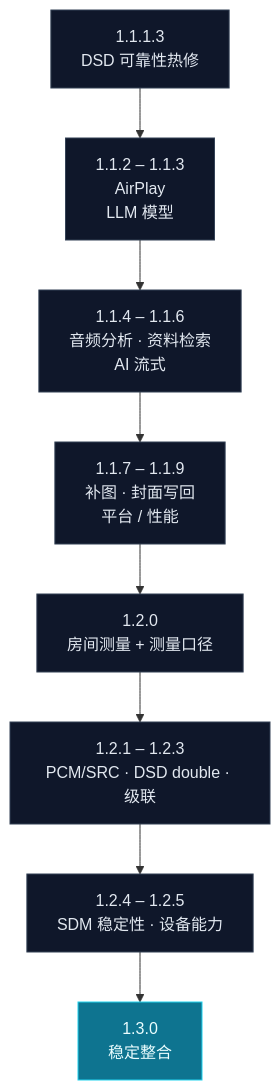
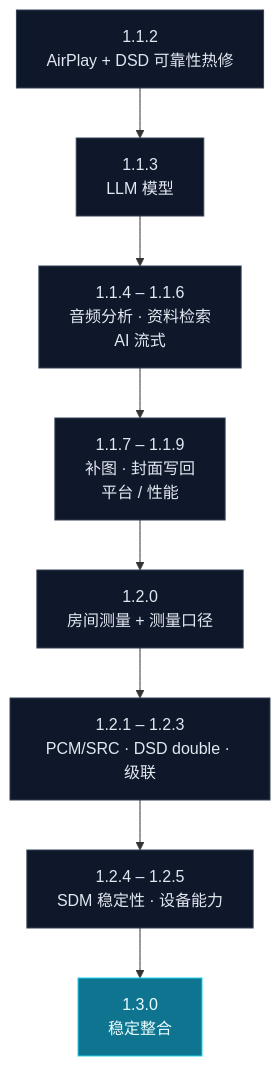
One commit to BH2VOQ/RLPlayer-Mac changed the diagram in README.zh-CN.md. Above: the diagram before and after it, drawn with Mermaid. The commit also changed other lines of this file and 2 other files, not shown here.

Commit message:
docs(roadmap): merge the 1.1.1.3 DSD hotfix into 1.1.2
Per user request, drop the standalone 1.1.1.3 release and fold the DSD playback reliability P0 items into 1.1.2 alongside AirPlay. Update the version table, dependency chain, 1.2.2 prerequisite, release discipline, README roadmap tables and mermaid charts.

````diff
--- a/README.zh-CN.md
+++ b/README.zh-CN.md
@@ -272,16 +271,16 @@
 ```mermaid
 flowchart TB
-  A["1.1.1.3<br/>DSD 可靠性热修"]
-  B["1.1.2 – 1.1.3<br/>AirPlay<br/>LLM 模型"]
+  A["1.1.2<br/>AirPlay + DSD 可靠性热修"]
+  B["1.1.3<br/>LLM 模型"]
   C["1.1.4 – 1.1.6<br/>音频分析 · 资料检索<br/>AI 流式"]
   D["1.1.7 – 1.1.9<br/>补图 · 封面写回<br/>平台 / 性能"]
   E["1.2.0<br/>房间测量 + 测量口径"]
   F["1.2.1 – 1.2.3<br/>PCM/SRC · DSD double · 级联"]
   G["1.2.4 – 1.2.5<br/>SDM 稳定性 · 设备能力"]
   H["1.3.0<br/>稳定整合"]
   A --> B --> C --> D --> E --> F --> G --> H
   classDef plan fill:#0f172a,stroke:#334155,color:#e2e8f0;
   classDef next fill:#0e7490,stroke:#22d3ee,color:#ecfeff;
   class A,B,C,D,E,F,G plan;
   class H next;
 ```
````
